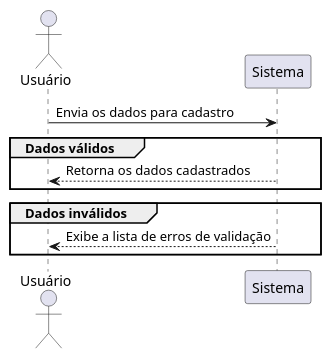
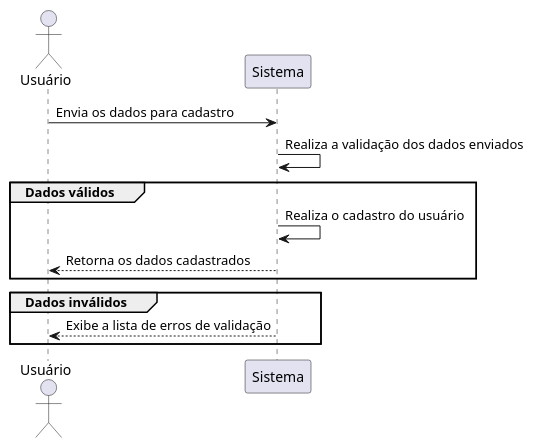
The diagram in casos-de-uso/USU01.puml (CleysonPH/desafio-gastos-pessoais), drawn with PlantUML before and after one commit. The commit also changed 15 other files, not shown here.

```diff
--- a/casos-de-uso/USU01.puml
+++ b/casos-de-uso/USU01.puml
@@ -1,16 +1,19 @@
 @startuml USU01
 
 actor Usuário
 participant Sistema
 
 Usuário -> Sistema: Envia os dados para cadastro
 
+Sistema -> Sistema: Realiza a validação dos dados enviados
+
 group Dados válidos
+  Sistema -> Sistema: Realiza o cadastro do usuário
   Sistema --> Usuário: Retorna os dados cadastrados
 end
 
 group Dados inválidos
   Sistema --> Usuário: Exibe a lista de erros de validação
 end
 
 @enduml
```
